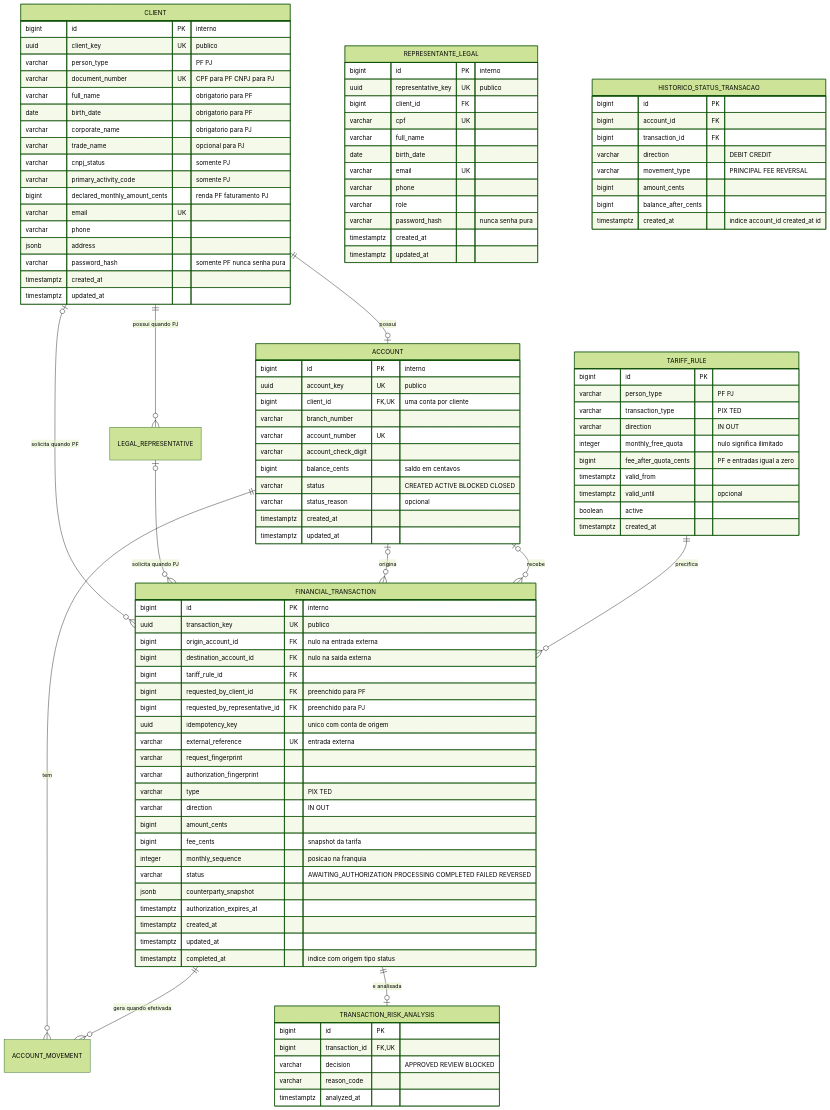
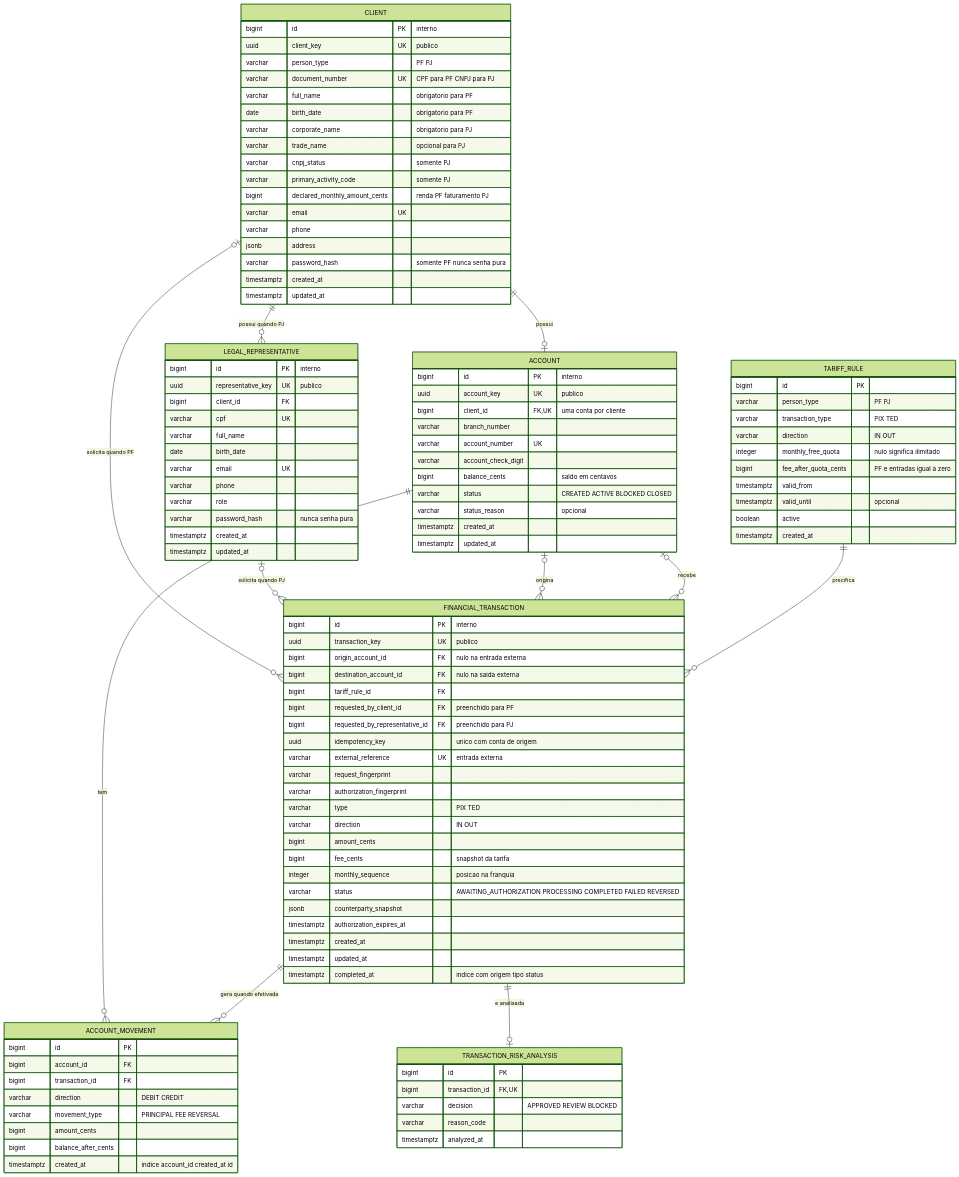
One commit to MariaEduarda-lab/dudroncio changed the diagram in rfc.md. Above: the diagram before and after it, drawn with Mermaid (forest theme). The commit also changed other lines of this file, not shown here.

Commit message:
docs: atualiza rfc com limitações e fluxo pretendido

```diff
--- a/rfc.md
+++ b/rfc.md
@@ -76,7 +73,7 @@
         timestamptz updated_at
     }
 
-    REPRESENTANTE_LEGAL {
+    LEGAL_REPRESENTATIVE {
         bigint id PK "interno"
         uuid representative_key UK "publico"
         bigint client_id FK
@@ -130,7 +127,7 @@
         timestamptz completed_at "indice com origem tipo status"
     }
 
-    HISTORICO_STATUS_TRANSACAO {
+    ACCOUNT_MOVEMENT {
         bigint id PK
         bigint account_id FK
         bigint transaction_id FK
```
